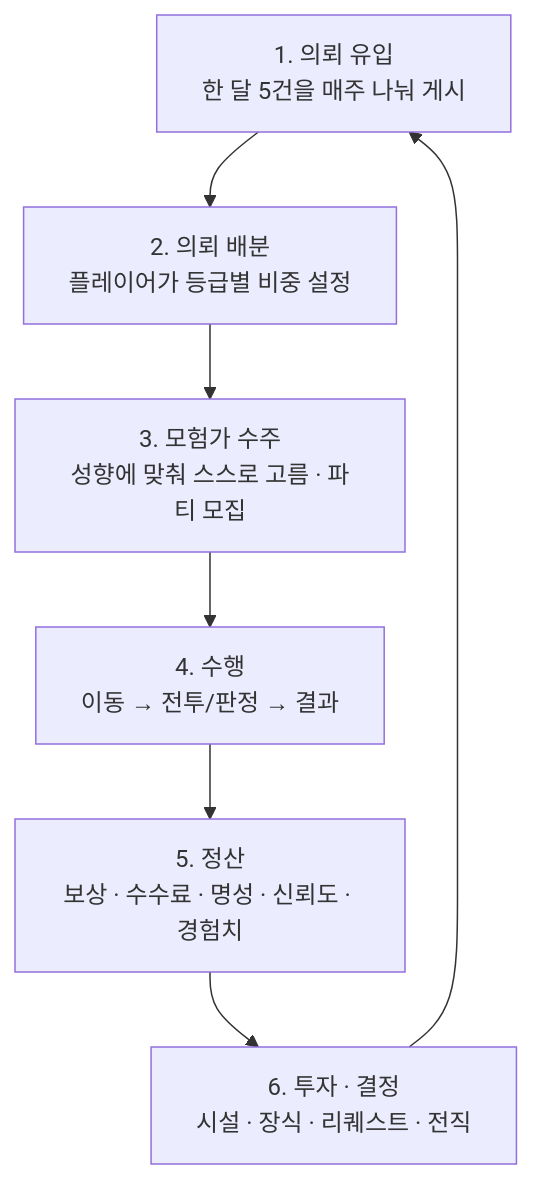
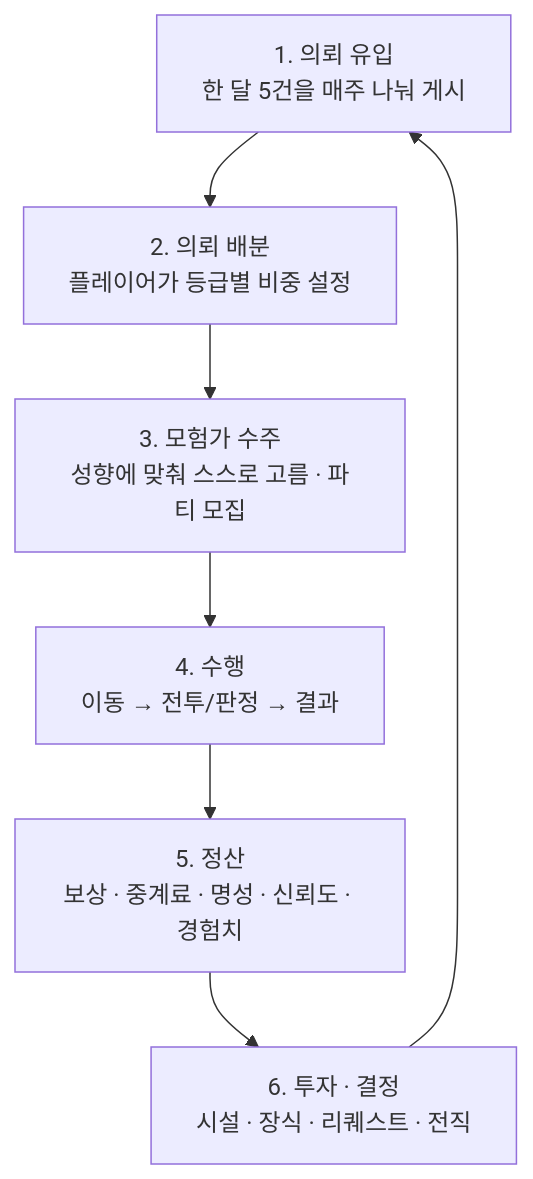
One commit to applesoda01/Project_F changed the diagram in docs/book-v2/src/ch02/loop.md. Above: the diagram before and after it, drawn with Mermaid. The commit also changed other lines of this file and 409 other files, not shown here.

````diff
--- a/docs/book-v2/src/ch02/loop.md
+++ b/docs/book-v2/src/ch02/loop.md
@@ -5,9 +5,9 @@
 ```mermaid
 flowchart TB
   A[1. 의뢰 유입<br/>한 달 5건을 매주 나눠 게시] --> B[2. 의뢰 배분<br/>플레이어가 등급별 비중 설정]
   B --> C[3. 모험가 수주<br/>성향에 맞춰 스스로 고름 · 파티 모집]
   C --> D[4. 수행<br/>이동 → 전투/판정 → 결과]
-  D --> E[5. 정산<br/>보상 · 수수료 · 명성 · 신뢰도 · 경험치]
+  D --> E[5. 정산<br/>보상 · 중계료 · 명성 · 신뢰도 · 경험치]
   E --> F[6. 투자 · 결정<br/>시설 · 장식 · 리퀘스트 · 전직]
   F --> A
 ```
````
